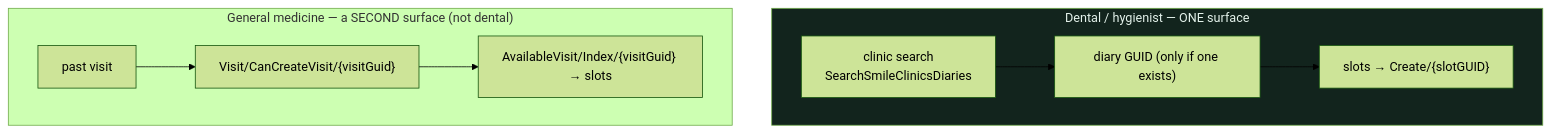
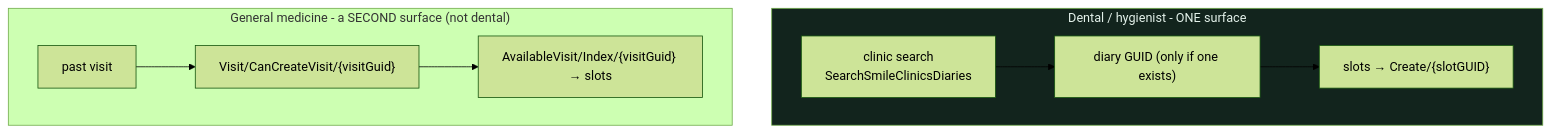
The fourth of 4 diagrams in docs/reverse-engineering.md (avi12/clalit-smile-search-by-city), drawn with Mermaid (forest theme) before and after one commit. The commit also changed other lines of this file and 13 other files, not shown here.

````diff
--- a/docs/reverse-engineering.md
+++ b/docs/reverse-engineering.md
@@ -493,10 +493,10 @@
 ```mermaid
 flowchart TD
-    subgraph dental["Dental / hygienist — ONE surface"]
+    subgraph dental["Dental / hygienist - ONE surface"]
       S["clinic search<br/>SearchSmileClinicsDiaries"] --> D["diary GUID (only if one exists)"] --> SL["slots → Create/{slotGUID}"]
     end
-    subgraph gen["General medicine — a SECOND surface (not dental)"]
+    subgraph gen["General medicine - a SECOND surface (not dental)"]
       P["past visit"] --> C["Visit/CanCreateVisit/{visitGuid}"] --> I["AvailableVisit/Index/{visitGuid} → slots"]
     end
     style dental fill:#12241d,color:#e3f1ea
 ```
````
